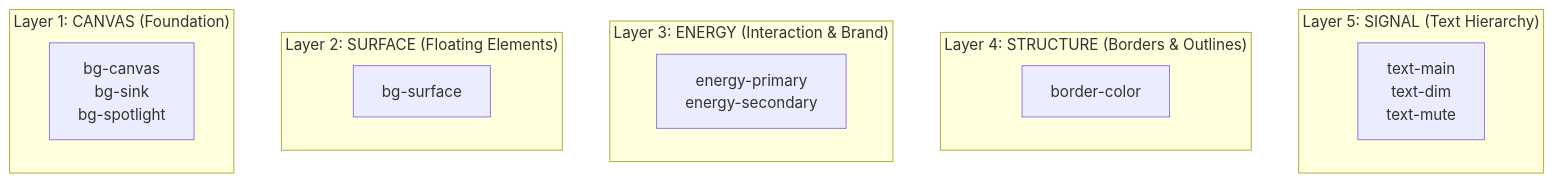
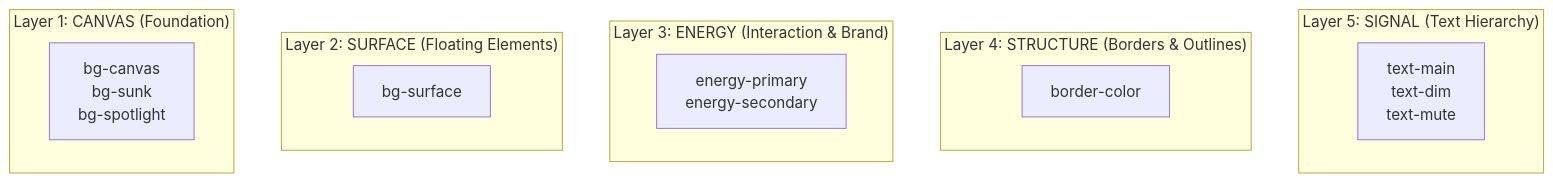
One commit to dimonb19/void-energy-ui changed the first of 2 diagrams in THEME-GUIDE.md. Above: the diagram before and after it, drawn with Mermaid. The commit also changed other lines of this file and 27 other files, not shown here.

````diff
--- a/THEME-GUIDE.md
+++ b/THEME-GUIDE.md
@@ -136,18 +136,18 @@
 ```mermaid
 graph TB
     subgraph "Layer 5: SIGNAL (Text Hierarchy)"
         T["text-main<br/>text-dim<br/>text-mute"]
     end
     subgraph "Layer 4: STRUCTURE (Borders & Outlines)"
         B["border-color"]
     end
     subgraph "Layer 3: ENERGY (Interaction & Brand)"
         E["energy-primary<br/>energy-secondary"]
     end
     subgraph "Layer 2: SURFACE (Floating Elements)"
         S["bg-surface"]
     end
     subgraph "Layer 1: CANVAS (Foundation)"
-        C["bg-canvas<br/>bg-sink<br/>bg-spotlight"]
+        C["bg-canvas<br/>bg-sunk<br/>bg-spotlight"]
     end
 ```
````
